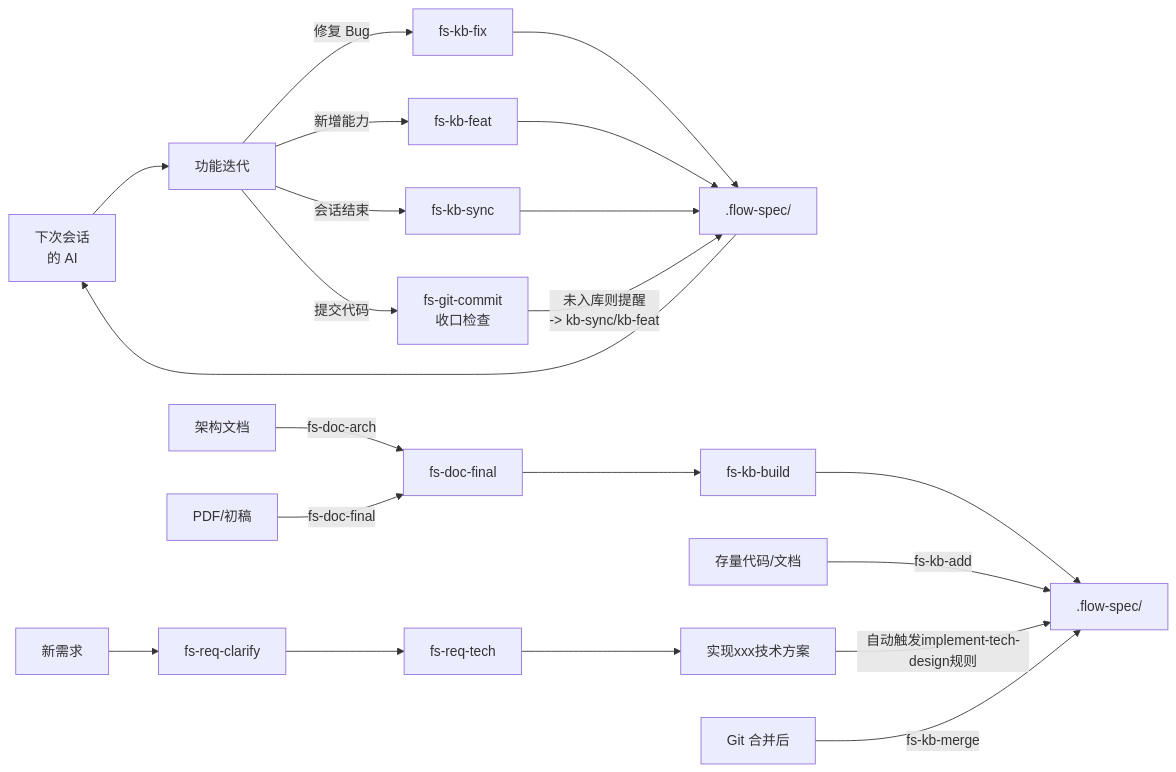
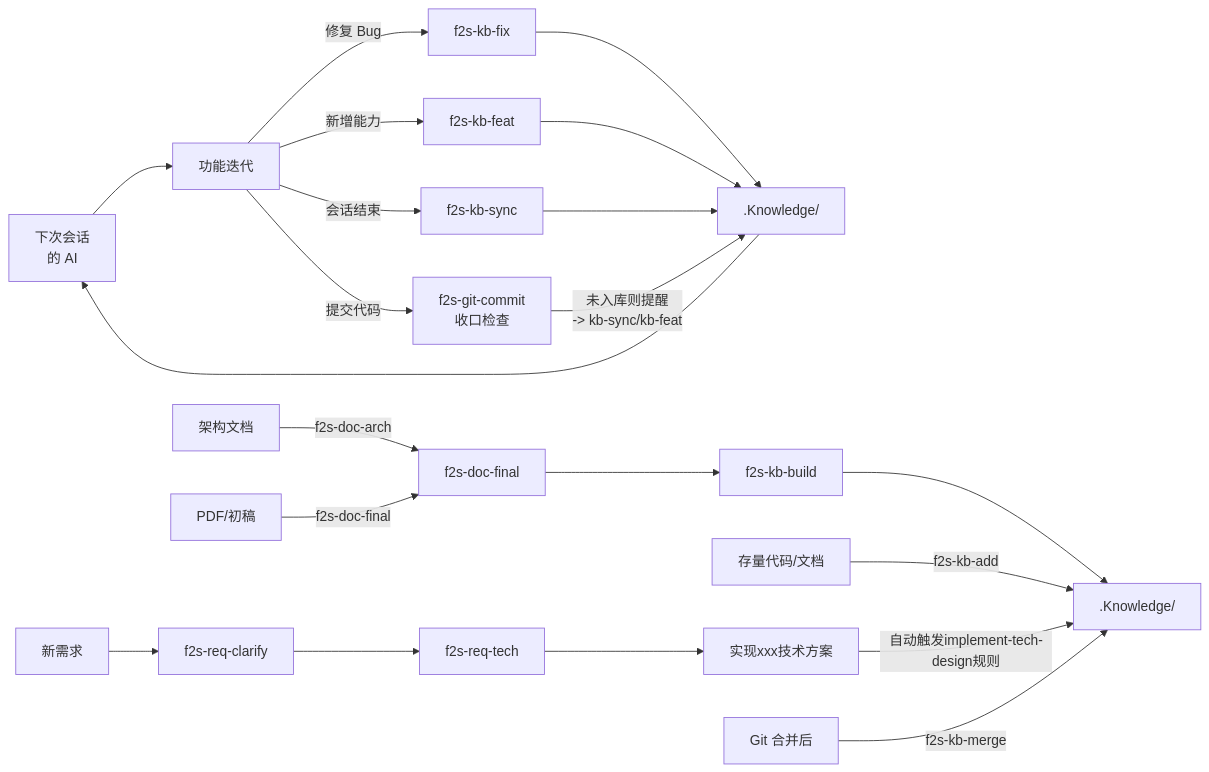
The fifth of 10 diagrams in docs/设计说明.md (double-coding-lab/Flow2Spec), drawn with Mermaid before and after one commit. The commit also changed other lines of this file and 27 other files, not shown here.

````diff
--- a/docs/设计说明.md
+++ b/docs/设计说明.md
@@ -159,24 +159,24 @@
 ```mermaid
 graph LR
     AI["下次会话\n的 AI"] --> C["功能迭代"]
-    K[".flow-spec/"]
-    K1[".flow-spec/"] --> AI["下次会话\n的 AI"]
+    K[".Knowledge/"] 
+    K1[".Knowledge/"] --> AI["下次会话\n的 AI"]
 
-    C -->|"修复 Bug"| FIX["fs-kb-fix"] --> K1
-    C -->|"新增能力"| FEAT["fs-kb-feat"] --> K1
-    C -->|"会话结束"| SYNC["fs-kb-sync"] --> K1
-    C -->|"提交代码"| CMT["fs-git-commit\n收口检查"]
+    C -->|"修复 Bug"| FIX["f2s-kb-fix"] --> K1
+    C -->|"新增能力"| FEAT["f2s-kb-feat"] --> K1
+    C -->|"会话结束"| SYNC["f2s-kb-sync"] --> K1
+    C -->|"提交代码"| CMT["f2s-git-commit\n收口检查"]
     CMT -->|"未入库则提醒\n-> kb-sync/kb-feat"| K1
 
-    D1["架构文档"] -->|fs-doc-arch| FIN["fs-doc-final"]
-    D2["PDF/初稿"] -->|fs-doc-final| FIN
-    FIN --> CTX["fs-kb-build"] --> K
+    D1["架构文档"] -->|f2s-doc-arch| FIN["f2s-doc-final"]
+    D2["PDF/初稿"] -->|f2s-doc-final| FIN
+    FIN --> CTX["f2s-kb-build"] --> K
 
-    OLD["存量代码/文档"] -->|fs-kb-add| K
+    OLD["存量代码/文档"] -->|f2s-kb-add| K
 
-    NR["新需求"] --> CL["fs-req-clarify"] --> BE["fs-req-tech"]
+    NR["新需求"] --> CL["f2s-req-clarify"] --> BE["f2s-req-tech"]
     BE --> IMPL["实现xxx技术方案"] -->|自动触发implement-tech-design规则| K
 
-    GIT["Git 合并后"] -->|fs-kb-merge| K
+    GIT["Git 合并后"] -->|f2s-kb-merge| K
 
 ```
````
